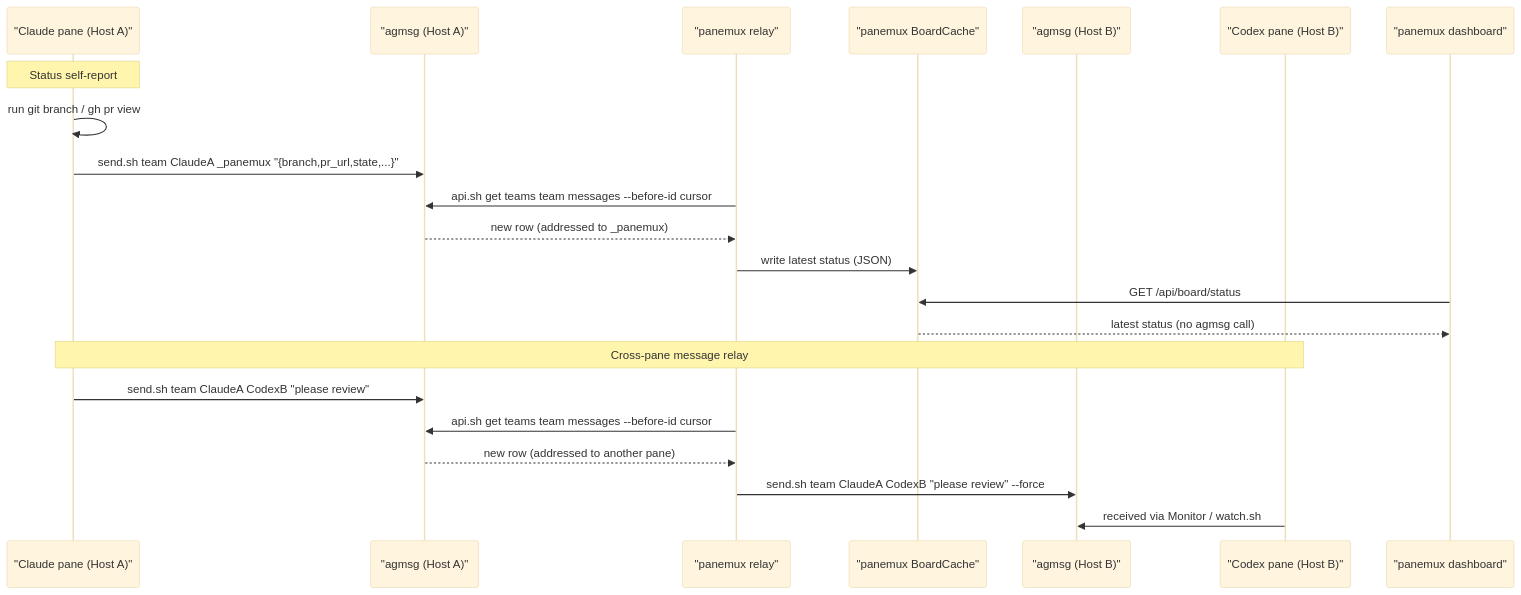
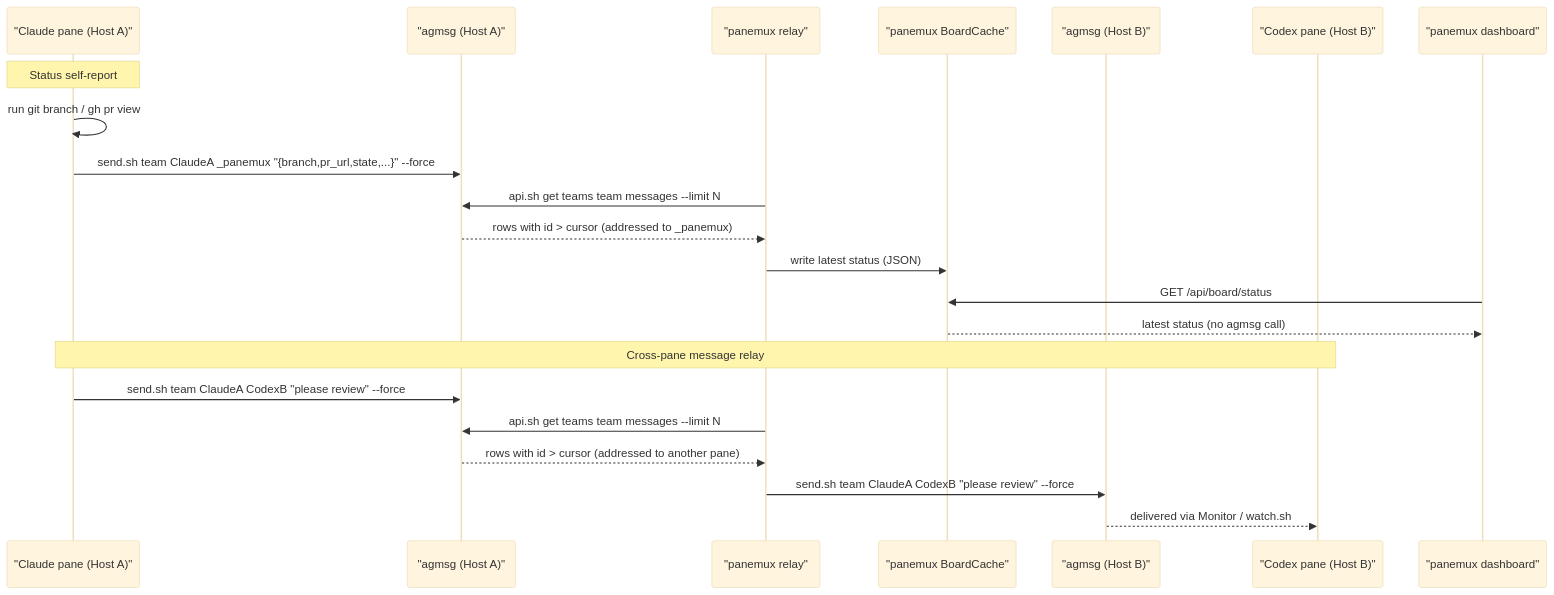
Before and after one commit to tomo-chan/panemux: the third of 4 diagrams in docs/agent-board.md, drawn with Mermaid (base theme). The commit also changed other lines of this file, not shown here.

First line of the commit message:
docs: fix blockers found by adversarial review of PR #162

````diff
--- a/docs/agent-board.md
+++ b/docs/agent-board.md
@@ -289,26 +347,26 @@
 ```mermaid
 sequenceDiagram
     participant ClaudeA as "Claude pane (Host A)"
     participant AgmsgA as "agmsg (Host A)"
     participant Relay as "panemux relay"
     participant Cache as "panemux BoardCache"
     participant AgmsgB as "agmsg (Host B)"
     participant CodexB as "Codex pane (Host B)"
     participant Dash as "panemux dashboard"
 
     Note over ClaudeA: Status self-report
     ClaudeA->>ClaudeA: run git branch / gh pr view
-    ClaudeA->>AgmsgA: send.sh team ClaudeA _panemux "{branch,pr_url,state,...}"
-    Relay->>AgmsgA: api.sh get teams team messages --before-id cursor
-    AgmsgA-->>Relay: new row (addressed to _panemux)
+    ClaudeA->>AgmsgA: send.sh team ClaudeA _panemux "{branch,pr_url,state,...}" --force
+    Relay->>AgmsgA: api.sh get teams team messages --limit N
+    AgmsgA-->>Relay: rows with id > cursor (addressed to _panemux)
     Relay->>Cache: write latest status (JSON)
     Dash->>Cache: GET /api/board/status
     Cache-->>Dash: latest status (no agmsg call)
 
     Note over ClaudeA,CodexB: Cross-pane message relay
-    ClaudeA->>AgmsgA: send.sh team ClaudeA CodexB "please review"
-    Relay->>AgmsgA: api.sh get teams team messages --before-id cursor
-    AgmsgA-->>Relay: new row (addressed to another pane)
+    ClaudeA->>AgmsgA: send.sh team ClaudeA CodexB "please review" --force
+    Relay->>AgmsgA: api.sh get teams team messages --limit N
+    AgmsgA-->>Relay: rows with id > cursor (addressed to another pane)
     Relay->>AgmsgB: send.sh team ClaudeA CodexB "please review" --force
-    CodexB->>AgmsgB: received via Monitor / watch.sh
+    AgmsgB-->>CodexB: delivered via Monitor / watch.sh
 ```
````
